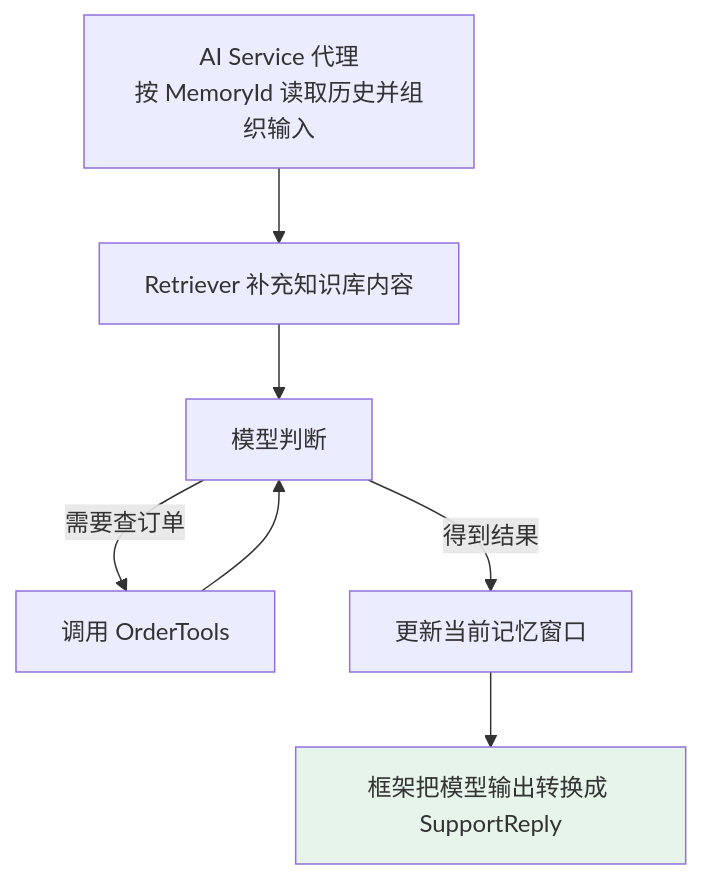
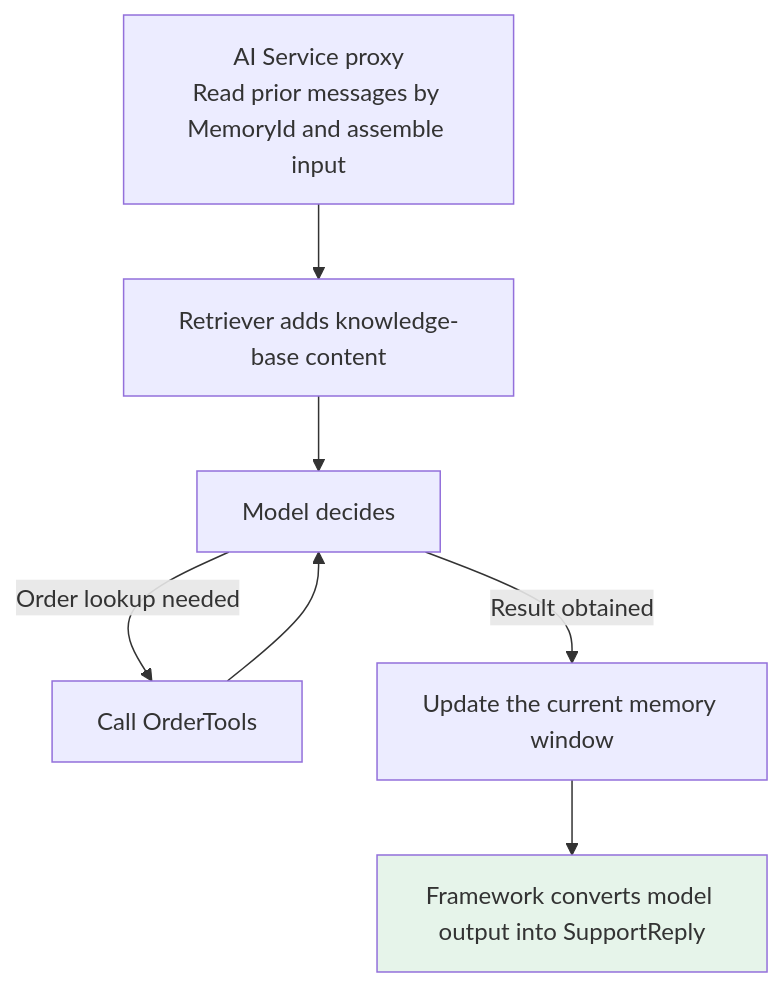
The first of 2 diagrams in docs/frameworks/01-langchain/03-ecosystem/08-langchain4j.md (oneleaveknowsthefall/awesome-ai-roadmap), drawn with Mermaid before and after one commit. The commit also changed other lines of this file and 70 other files, not shown here.

````diff
--- a/docs/frameworks/01-langchain/03-ecosystem/08-langchain4j.md
+++ b/docs/frameworks/01-langchain/03-ecosystem/08-langchain4j.md
@@ -137,11 +139,11 @@
 ```mermaid
 flowchart TB
-    A["AI Service 代理<br/>按 MemoryId 读取历史并组织输入"] --> B["Retriever 补充知识库内容"]
-    B --> C["模型判断"]
-    C -->|需要查订单| D["调用 OrderTools"]
+    A["AI Service proxy<br/>Read prior messages by MemoryId and assemble input"] --> B["Retriever adds knowledge-base content"]
+    B --> C["Model decides"]
+    C -->|Order lookup needed| D["Call OrderTools"]
     D --> C
-    C -->|得到结果| E["更新当前记忆窗口"]
-    E --> F["框架把模型输出转换成 SupportReply"]
+    C -->|Result obtained| E["Update the current memory window"]
+    E --> F["Framework converts model output into SupportReply"]
 
     style F fill:#e6f4ea
 ```
````
